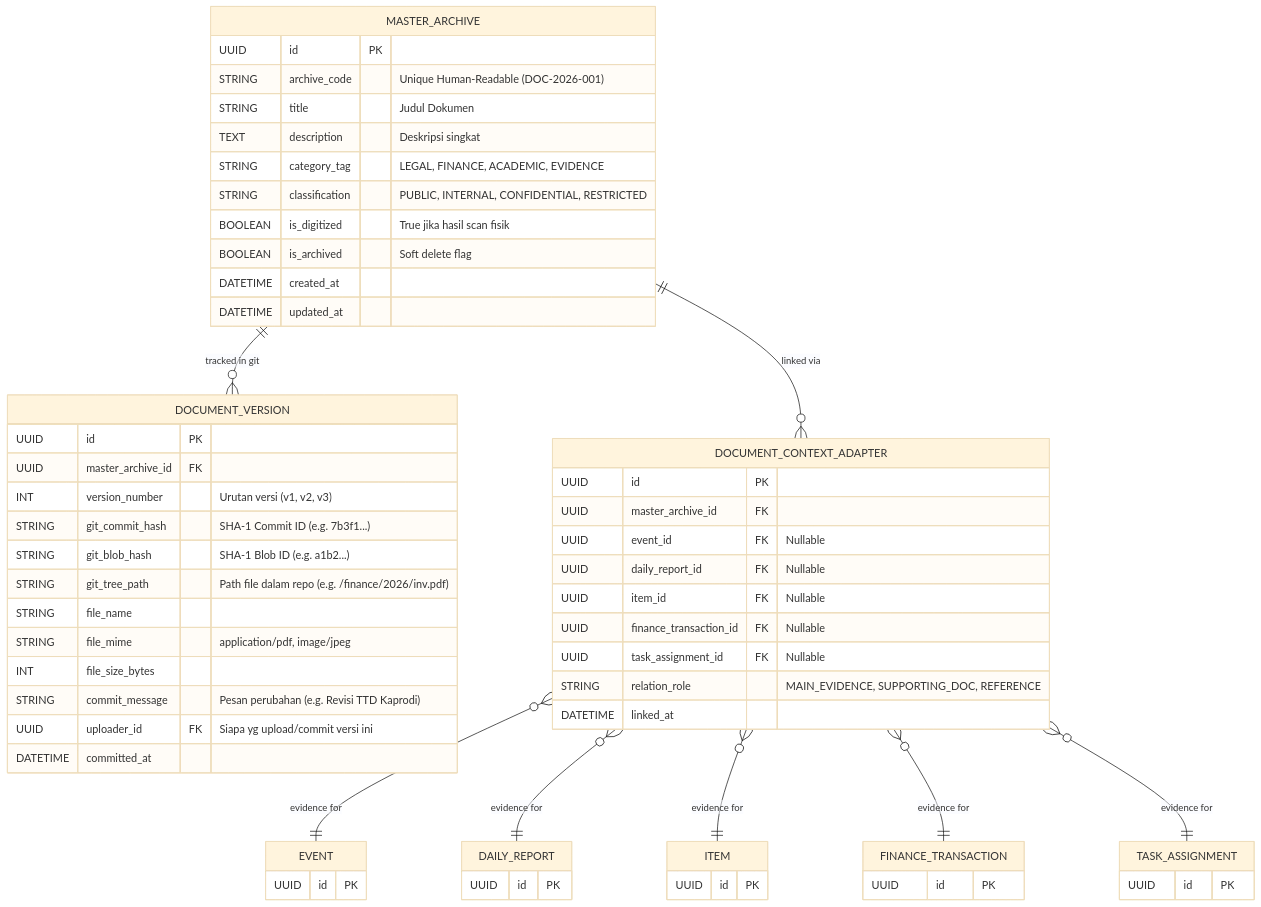
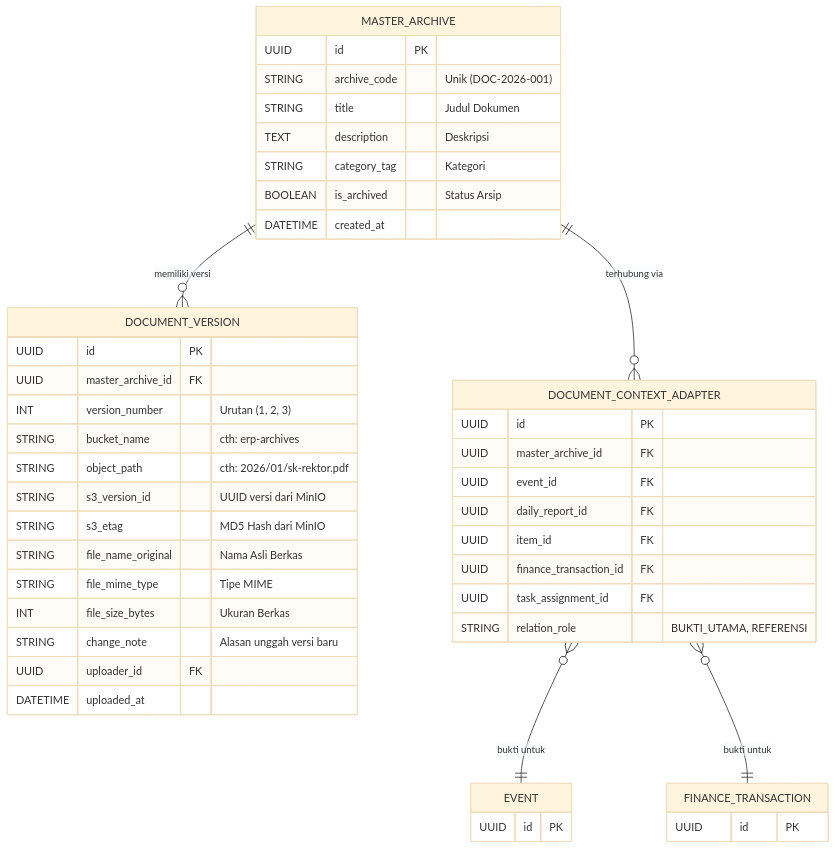
One commit to zuudevs/SAQ-ERP changed the diagram in docs/erd/dokumen_dan_arsip.md. Above: the diagram before and after it, drawn with Mermaid (base theme). The commit also changed 6 other files, not shown here.

Commit message:
feat: Revise documentation for ERP Lab SAQ; update blueprint, ERD, and tech stack decisions

````diff
--- a/docs/erd/dokumen_dan_arsip.md
+++ b/docs/erd/dokumen_dan_arsip.md
@@ -1,91 +1,68 @@
 ```mermaid
 erDiagram
     %% ==========================================
-    %% 1. GUDANG UTAMA (Metadata Only)
+    %% 1. ARSIP UTAMA (Hanya Metadata)
     %% ==========================================
     MASTER_ARCHIVE {
         UUID id PK
-        STRING archive_code "Unique Human-Readable (DOC-2026-001)"
+        STRING archive_code "Unik (DOC-2026-001)"
         STRING title "Judul Dokumen"
-        TEXT description "Deskripsi singkat"
-        
-        %% Kategori & Akses
-        STRING category_tag "LEGAL, FINANCE, ACADEMIC, EVIDENCE"
-        STRING classification "PUBLIC, INTERNAL, CONFIDENTIAL, RESTRICTED"
-        
-        %% Status
-        BOOLEAN is_digitized "True jika hasil scan fisik"
-        BOOLEAN is_archived "Soft delete flag"
-        
+        TEXT description "Deskripsi"
+        STRING category_tag "Kategori"
+        BOOLEAN is_archived "Status Arsip"
         DATETIME created_at
-        DATETIME updated_at
     }
 
     %% ==========================================
-    %% 2. VERSION CONTROL (GIT INTEGRATION)
+    %% 2. KONTROL VERSI (MINIO BACKED)
     %% ==========================================
-    %% File fisik dikelola oleh libgit2 di backend server.
-    %% Database hanya mencatat pointer ke Commit Git.
+    %% Kolom referensi Git diganti dengan referensi S3/MinIO
     DOCUMENT_VERSION {
         UUID id PK
         UUID master_archive_id FK
-        INT version_number "Urutan versi (v1, v2, v3)"
+        INT version_number "Urutan (1, 2, 3)"
         
-        %% Git References (The Real Storage)
-        STRING git_commit_hash "SHA-1 Commit ID (e.g. 7b3f1...)"
-        STRING git_blob_hash "SHA-1 Blob ID (e.g. a1b2...)"
-        STRING git_tree_path "Path file dalam repo (e.g. /finance/2026/inv.pdf)"
+        %% Referensi MinIO
+        STRING bucket_name "cth: erp-archives"
+        STRING object_path "cth: 2026/01/sk-rektor.pdf"
+        STRING s3_version_id "UUID versi dari MinIO"
+        STRING s3_etag "MD5 Hash dari MinIO"
         
-        %% Metadata File
-        STRING file_name
-        STRING file_mime "application/pdf, image/jpeg"
-        INT file_size_bytes
+        %% Metadata Berkas
+        STRING file_name_original "Nama Asli Berkas"
+        STRING file_mime_type "Tipe MIME"
+        INT file_size_bytes "Ukuran Berkas"
         
-        %% Context Revisi
-        STRING commit_message "Pesan perubahan (e.g. Revisi TTD Kaprodi)"
-        UUID uploader_id FK "Siapa yg upload/commit versi ini"
-        DATETIME committed_at
+        %% Konteks
+        STRING change_note "Alasan unggah versi baru"
+        UUID uploader_id FK
+        DATETIME uploaded_at
     }
 
     %% ==========================================
-    %% 3. THE ADAPTER (EXCLUSIVE ARC PATTERN)
+    %% 3. ADAPTER (EXCLUSIVE ARC)
     %% ==========================================
-    %% Jembatan polimorfik yang aman secara SQL.
-    %% Constraint Logic:
-    %% CHECK ( (event_id IS NOT NULL)::int + (item_id IS NOT NULL)::int + ... = 1 )
     DOCUMENT_CONTEXT_ADAPTER {
         UUID id PK
         UUID master_archive_id FK
         
-        %% Target References (Nullable Foreign Keys)
-        UUID event_id FK "Nullable"
-        UUID daily_report_id FK "Nullable"
-        UUID item_id FK "Nullable"
-        UUID finance_transaction_id FK "Nullable"
-        UUID task_assignment_id FK "Nullable"
+        %% Referensi Target (Boleh Null)
+        UUID event_id FK
+        UUID daily_report_id FK
+        UUID item_id FK
+        UUID finance_transaction_id FK
+        UUID task_assignment_id FK
         
-        %% Metadata Relasi
-        STRING relation_role "MAIN_EVIDENCE, SUPPORTING_DOC, REFERENCE"
-        DATETIME linked_at
+        STRING relation_role "BUKTI_UTAMA, REFERENSI"
     }
-
-    %% ==========================================
-    %% 4. ENTITAS LUAR (Visualisasi Relasi)
-    %% ==========================================
+    
+    %% ENTITAS LAIN
     EVENT { UUID id PK }
-    DAILY_REPORT { UUID id PK }
-    ITEM { UUID id PK }
     FINANCE_TRANSACTION { UUID id PK }
-    TASK_ASSIGNMENT { UUID id PK }
 
     %% RELASI
-    MASTER_ARCHIVE ||--o{ DOCUMENT_VERSION : "tracked in git"
-    MASTER_ARCHIVE ||--o{ DOCUMENT_CONTEXT_ADAPTER : "linked via"
-    
-    %% Exclusive Arc Relations (Satu Adapter hanya ke Satu Target)
-    DOCUMENT_CONTEXT_ADAPTER }o--|| EVENT : "evidence for"
-    DOCUMENT_CONTEXT_ADAPTER }o--|| DAILY_REPORT : "evidence for"
-    DOCUMENT_CONTEXT_ADAPTER }o--|| ITEM : "evidence for"
-    DOCUMENT_CONTEXT_ADAPTER }o--|| FINANCE_TRANSACTION : "evidence for"
-    DOCUMENT_CONTEXT_ADAPTER }o--|| TASK_ASSIGNMENT : "evidence for"
+    MASTER_ARCHIVE ||--o{ DOCUMENT_VERSION : "memiliki versi"
+    MASTER_ARCHIVE ||--o{ DOCUMENT_CONTEXT_ADAPTER : "terhubung via"
+    DOCUMENT_CONTEXT_ADAPTER }o--|| EVENT : "bukti untuk"
+    DOCUMENT_CONTEXT_ADAPTER }o--|| FINANCE_TRANSACTION : "bukti untuk"
 ```
````
